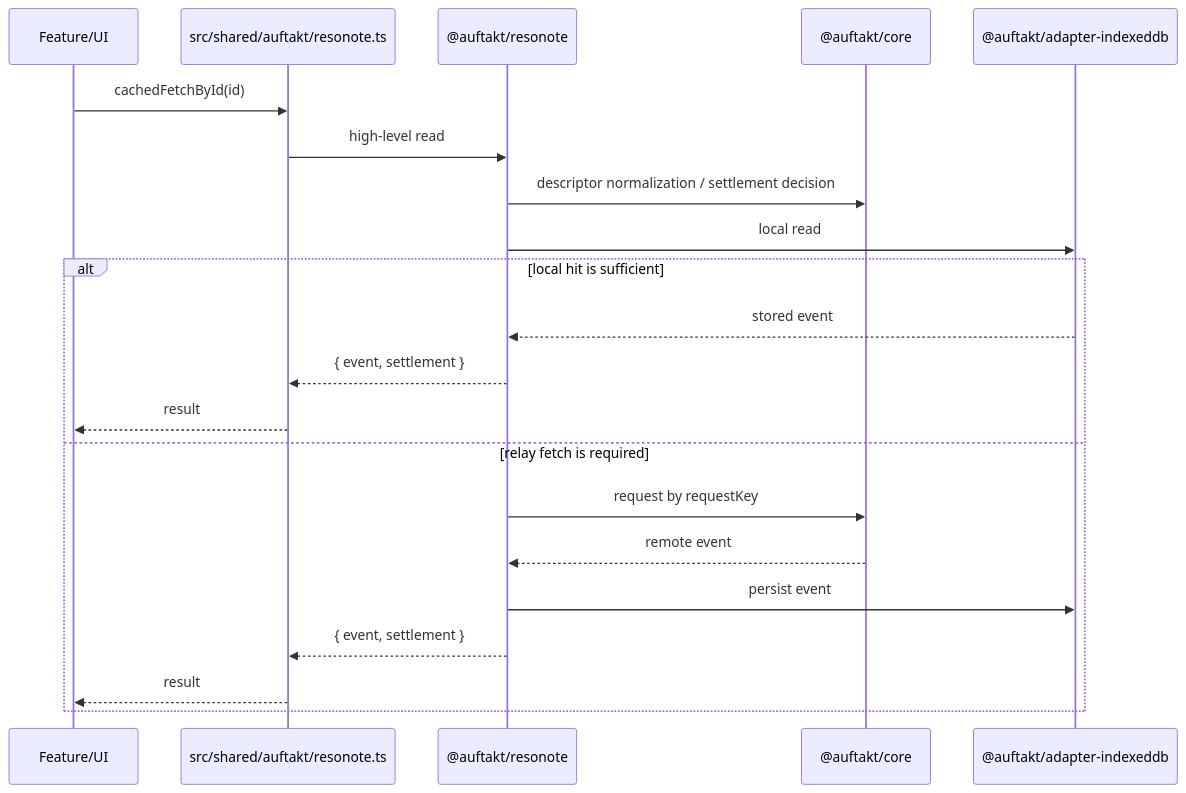
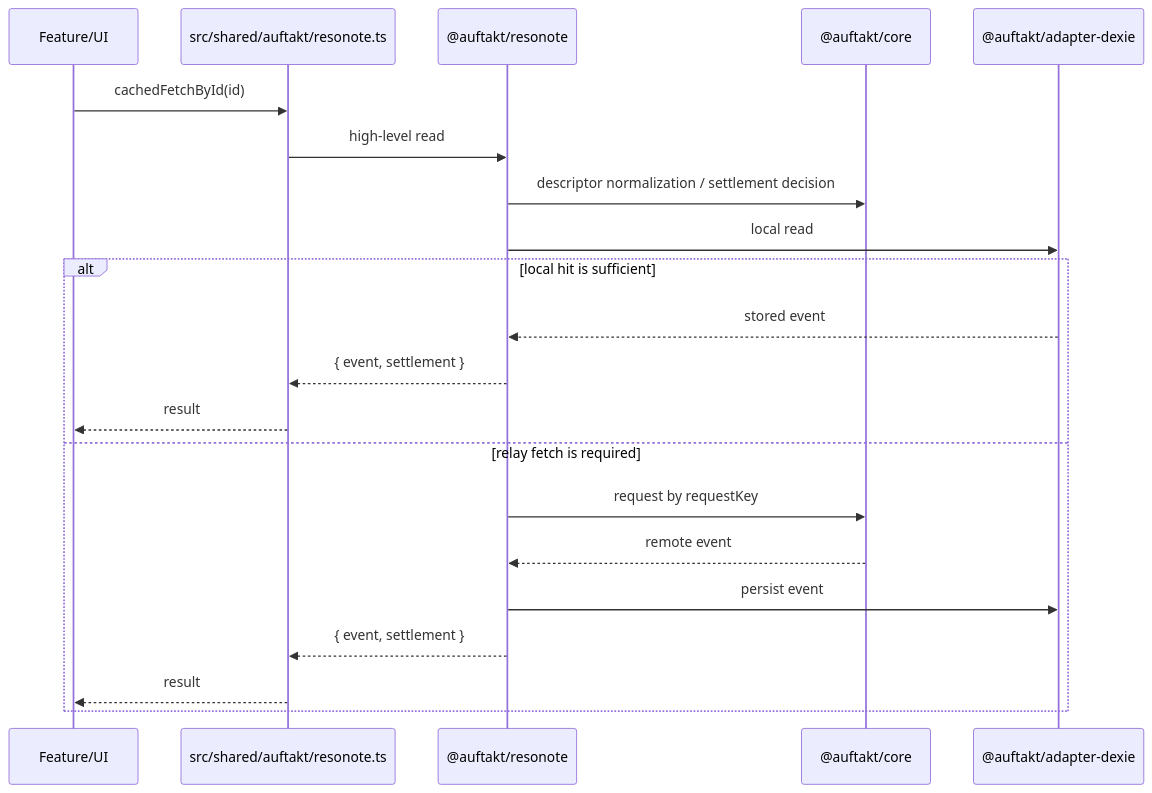
The second of 5 diagrams in docs/auftakt/spec.md (ikuradon/Resonote), drawn with Mermaid before and after one commit. The commit also changed other lines of this file and 16 other files, not shown here.

Commit message:
refactor: remove indexeddb adapter

````diff
--- a/docs/auftakt/spec.md
+++ b/docs/auftakt/spec.md
@@ -402,24 +402,24 @@
 ```mermaid
 sequenceDiagram
     participant Feature as Feature/UI
     participant Facade as src/shared/auftakt/resonote.ts
     participant Runtime as @auftakt/resonote
     participant Core as @auftakt/core
-    participant Store as @auftakt/adapter-indexeddb
+    participant Store as @auftakt/adapter-dexie
 
     Feature->>Facade: cachedFetchById(id)
     Facade->>Runtime: high-level read
     Runtime->>Core: descriptor normalization / settlement decision
     Runtime->>Store: local read
     alt local hit is sufficient
         Store-->>Runtime: stored event
         Runtime-->>Facade: { event, settlement }
         Facade-->>Feature: result
     else relay fetch is required
         Runtime->>Core: request by requestKey
         Core-->>Runtime: remote event
         Runtime->>Store: persist event
         Runtime-->>Facade: { event, settlement }
         Facade-->>Feature: result
     end
 ```
````
